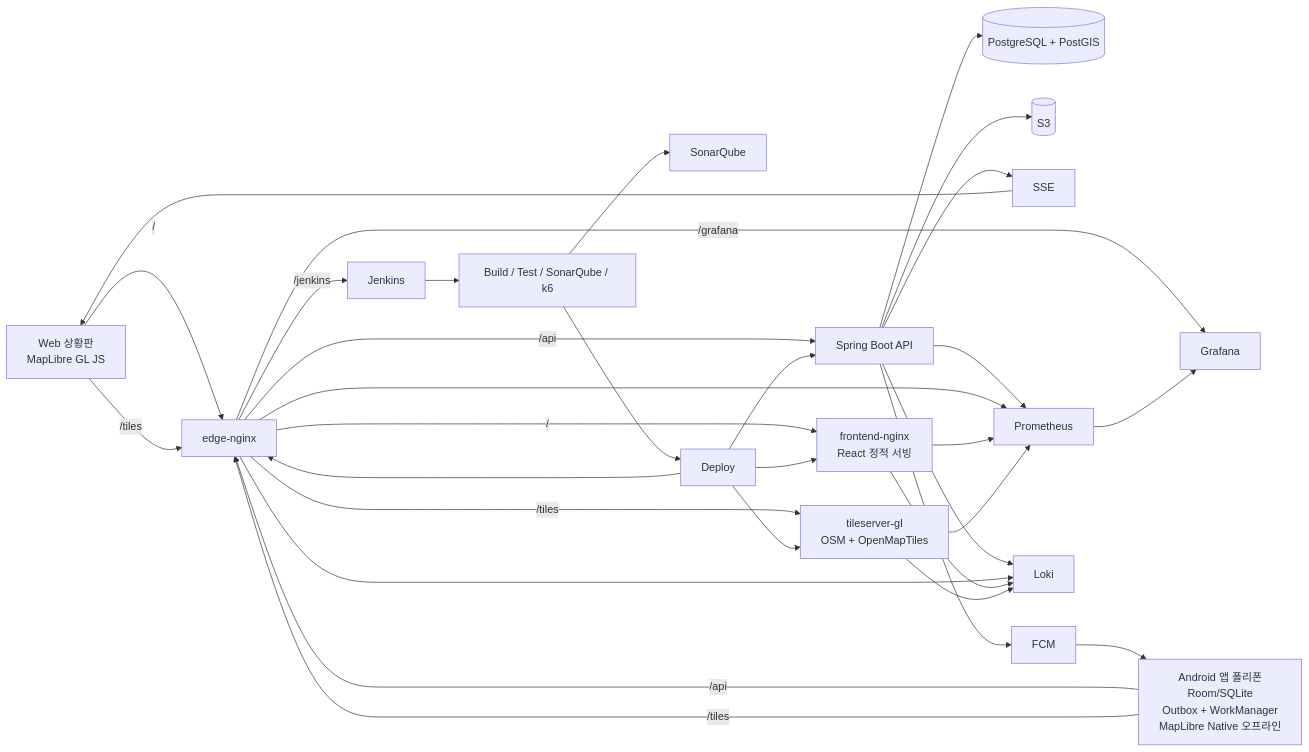
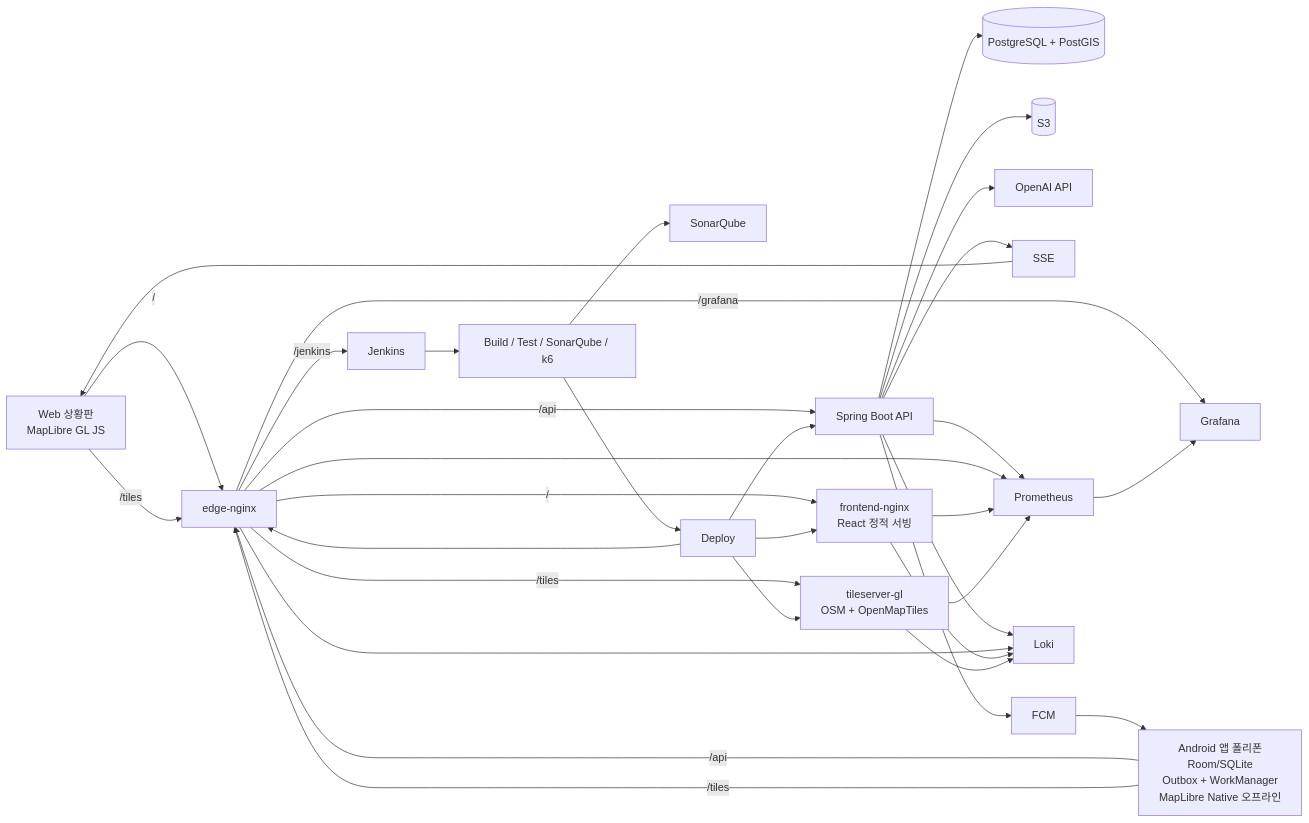
One commit to sonic8-8/suri-map changed the diagram in docs/architecture.md. Above: the diagram before and after it, drawn with Mermaid. The commit also changed other lines of this file and 24 other files, not shown here.

````diff
--- a/docs/architecture.md
+++ b/docs/architecture.md
@@ -66,38 +66,39 @@
 ```mermaid
 flowchart LR
     U[Web 상황판<br/>MapLibre GL JS] -->|/| E[edge-nginx]
     A[Android 앱 폴리폰<br/>Room/SQLite<br/>Outbox + WorkManager<br/>MapLibre Native 오프라인] -->|/api| E
     A -->|/tiles| E
     U -->|/tiles| E
     E -->|/| F[frontend-nginx<br/>React 정적 서빙]
     E -->|/api| S[Spring Boot API]
     E -->|/tiles| T[tileserver-gl<br/>OSM + OpenMapTiles]
     E -->|/jenkins| J[Jenkins]
     E -->|/grafana| Gf[Grafana]
     S --> P[(PostgreSQL + PostGIS)]
     S --> O[(S3)]
+    S --> AI[OpenAI API]
     S --> M[SSE]
     M --> U
     S --> FCM[FCM]
     FCM --> A
 
     J --> Q[Build / Test / SonarQube / k6]
     Q --> SQ[SonarQube]
     Q --> D[Deploy]
     D --> E
     D --> F
     D --> S
     D --> T
 
     G[Prometheus]
     L[Loki]
     S --> G
     E --> G
     F --> G
     T --> G
     G --> Gf
     S --> L
     E --> L
     F --> L
     T --> L
 ```
````
